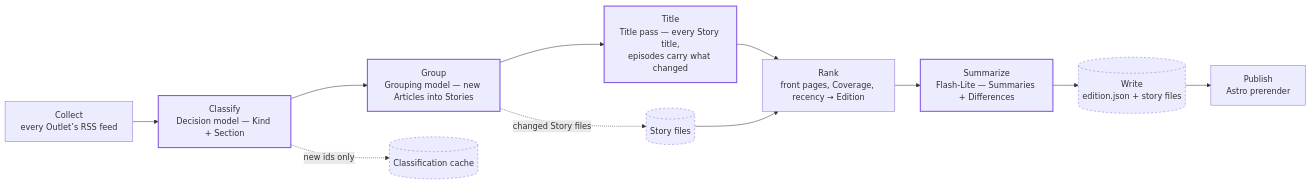
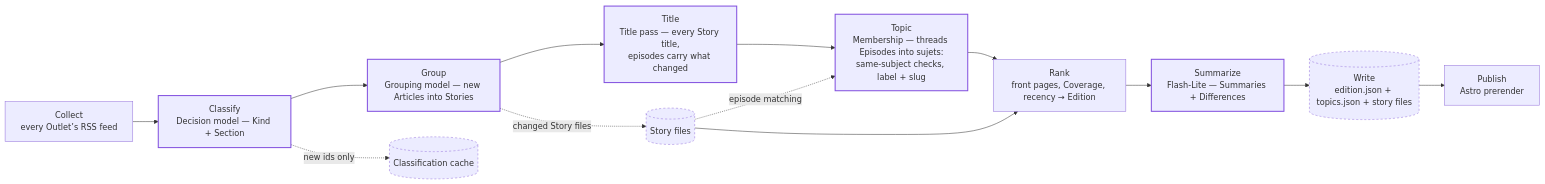
One commit to adesurirey/prisme changed the diagram in README.md. Above: the diagram before and after it, drawn with Mermaid. The commit also changed other lines of this file, not shown here.

Commit message:
docs(readme): the Topic step joins the pipeline diagram
The mermaid was 90 minutes behind the branch: the Topic node (Jev,
same-subject checks, label + slug) sits between Title and Rank, the
Story files store feeds the episode matching, and Write now names
topics.json. Five model steps, three pinned models.

````diff
--- a/README.md
+++ b/README.md
@@ -15,15 +15,17 @@
 ```mermaid
 flowchart LR
     classDef store stroke-dasharray:4;
     classDef model stroke:#8250df,stroke-width:2;
     A[Collect<br>every Outlet’s RSS feed] --> B[Classify<br>Decision model — Kind + Section]:::model
     B --> C[Group<br>Grouping model — new Articles into Stories]:::model
     C --> T[Title<br>Title pass — every Story title,<br>episodes carry what changed]:::model
-    T --> D[Rank<br>front pages, Coverage, recency → Edition]
+    T --> T2[Topic<br>Membership — threads Episodes into sujets:<br>same-subject checks, label + slug]:::model
+    T2 --> D[Rank<br>front pages, Coverage, recency → Edition]
     D --> E[Summarize<br>Flash-Lite — Summaries + Differences]:::model
-    E --> F[(Write<br>edition.json + story files)]:::store
+    E --> F[(Write<br>edition.json + topics.json + story files)]:::store
     F --> G[Publish<br>Astro prerender]
     B -. new ids only .-> H[(Classification cache)]:::store
     C -. changed Story files .-> I[(Story files)]:::store
+    I -. episode matching .-> T2
     I --> D
 ```
````
